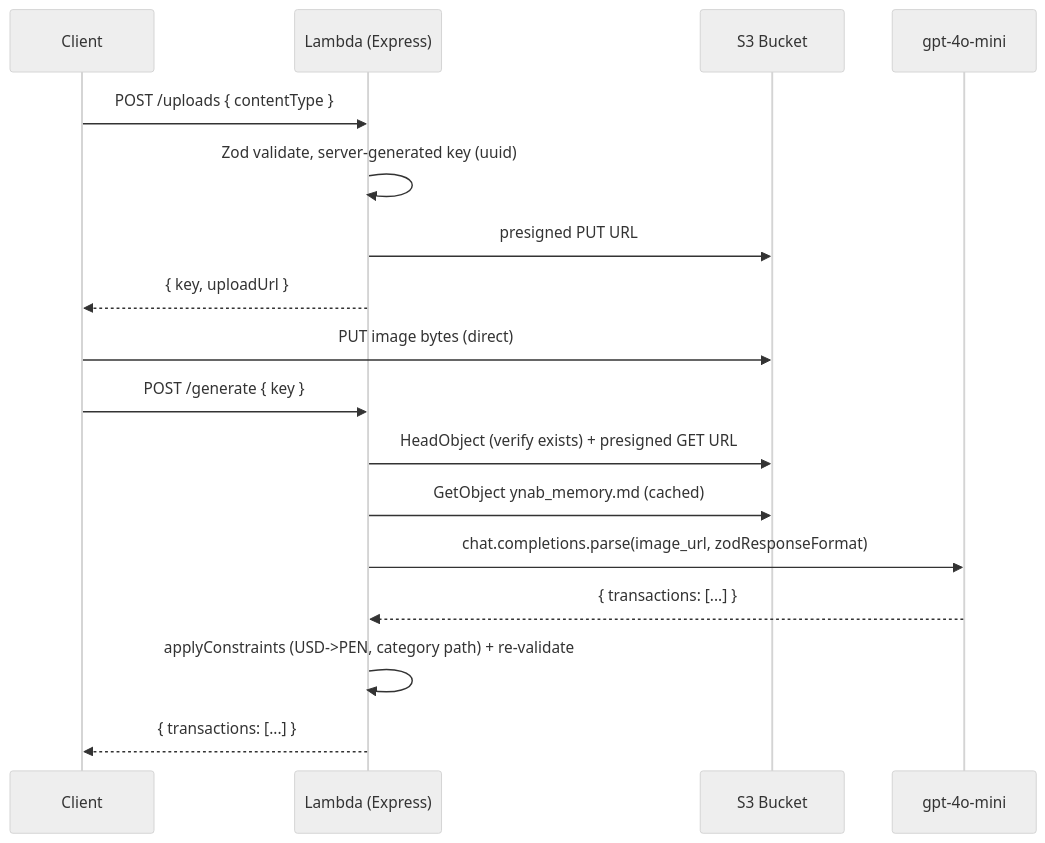
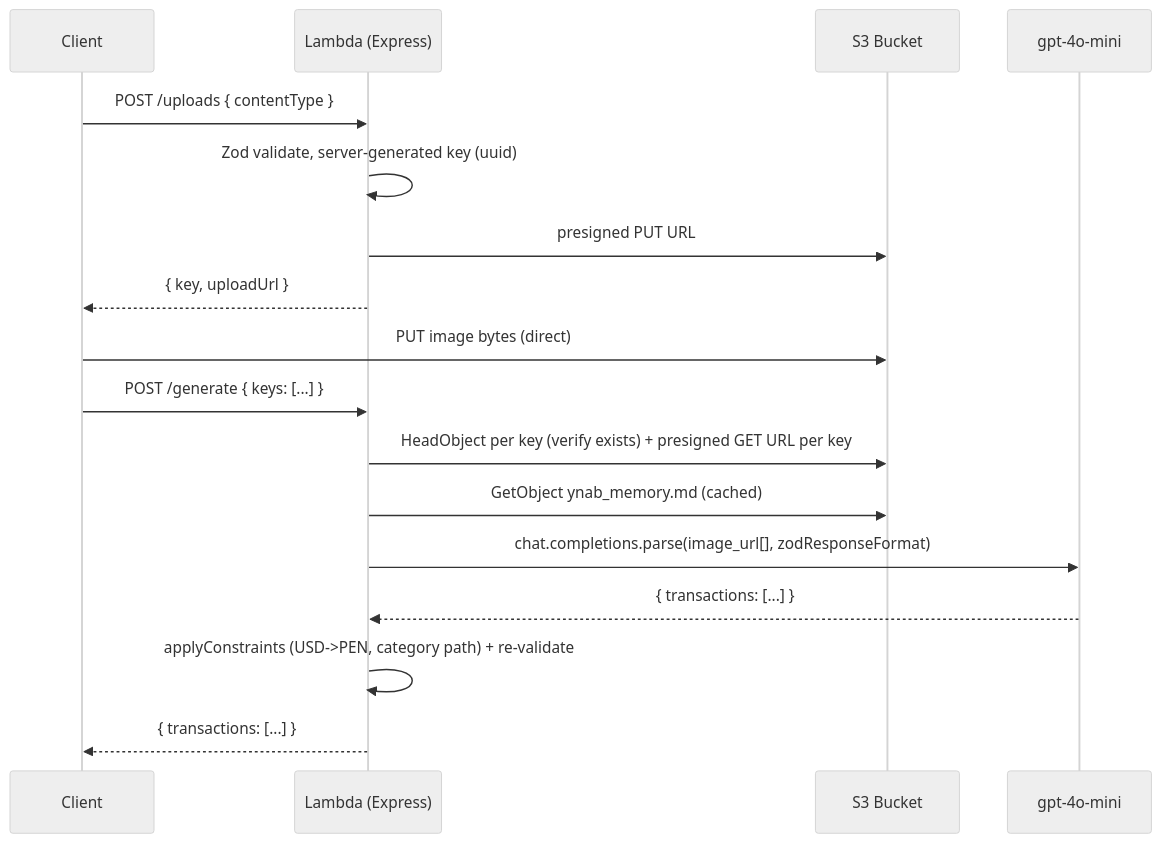
The diagram in AGENTS.md (joshnavdev/ynabagent-api), drawn with Mermaid (neutral theme) before and after one commit. The commit also changed other lines of this file and 6 other files, not shown here.

````diff
--- a/AGENTS.md
+++ b/AGENTS.md
@@ -9,20 +9,20 @@
 ```mermaid
 sequenceDiagram
     participant C as Client
     participant L as Lambda (Express)
     participant S3 as S3 Bucket
     participant AI as gpt-4o-mini
 
-    C->>L: POST /uploads { contentType }
-    L->>L: Zod validate, server-generated key (uuid)
-    L->>S3: presigned PUT URL
-    L-->>C: { key, uploadUrl }
-    C->>S3: PUT image bytes (direct)
-    C->>L: POST /generate { key }
-    L->>S3: HeadObject (verify exists) + presigned GET URL
+ C->>L: POST /uploads { contentType }
+ L->>L: Zod validate, server-generated key (uuid)
+ L->>S3: presigned PUT URL
+ L-->>C: { key, uploadUrl }
+ C->>S3: PUT image bytes (direct)
+ C->>L: POST /generate { keys: [...] }
+ L->>S3: HeadObject per key (verify exists) + presigned GET URL per key
     L->>S3: GetObject ynab_memory.md (cached)
-    L->>AI: chat.completions.parse(image_url, zodResponseFormat)
+    L->>AI: chat.completions.parse(image_url[], zodResponseFormat)
     AI-->>L: { transactions: [...] }
     L->>L: applyConstraints (USD->PEN, category path) + re-validate
     L-->>C: { transactions: [...] }
 ```
````
